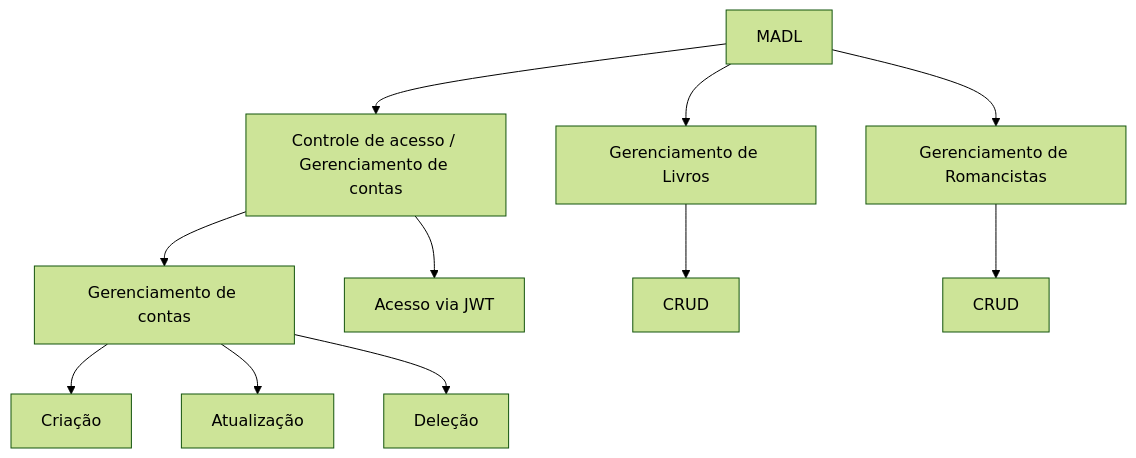
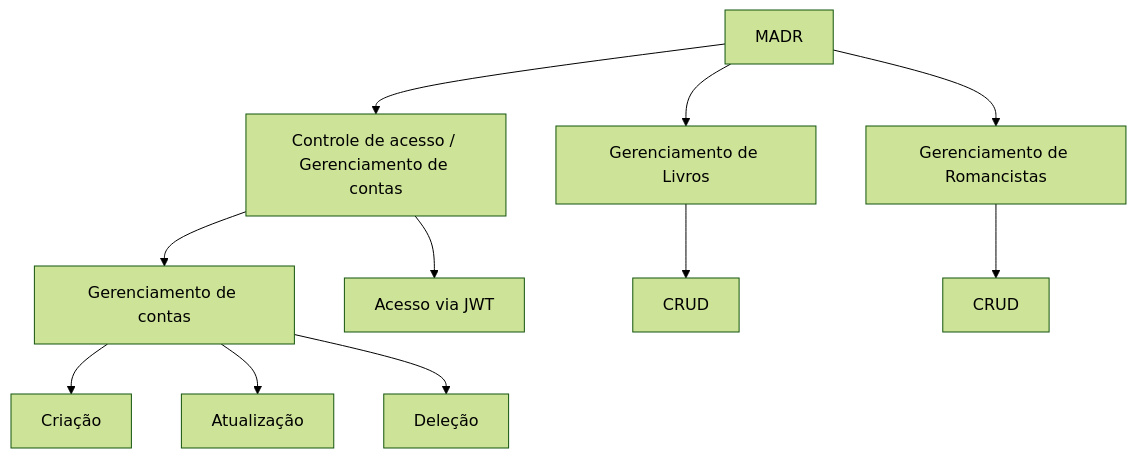
The first of 2 diagrams in aulas/14.md (dunossauro/fastapi-do-zero), drawn with Mermaid (forest theme) before and after one commit.

Commit message:
Ajustando typo no desafio

````diff
--- a/aulas/14.md
+++ b/aulas/14.md
@@ -17,13 +17,13 @@
 ```mermaid
 graph
-    MADL --> A["Controle de acesso / Gerenciamento de contas"]
-	MADL --> B["Gerenciamento de Livros"]
-	MADL --> C["Gerenciamento de Romancistas"]
+    MADR --> A["Controle de acesso / Gerenciamento de contas"]
+	MADR --> B["Gerenciamento de Livros"]
+	MADR --> C["Gerenciamento de Romancistas"]
 	A --> D["Gerenciamento de contas"]
 	D --> Criação
 	D --> Atualização
 	A --> G["Acesso via JWT"]
 	D --> Deleção
 	B --> E["CRUD"]
 	C --> F["CRUD"]
 ```
````
